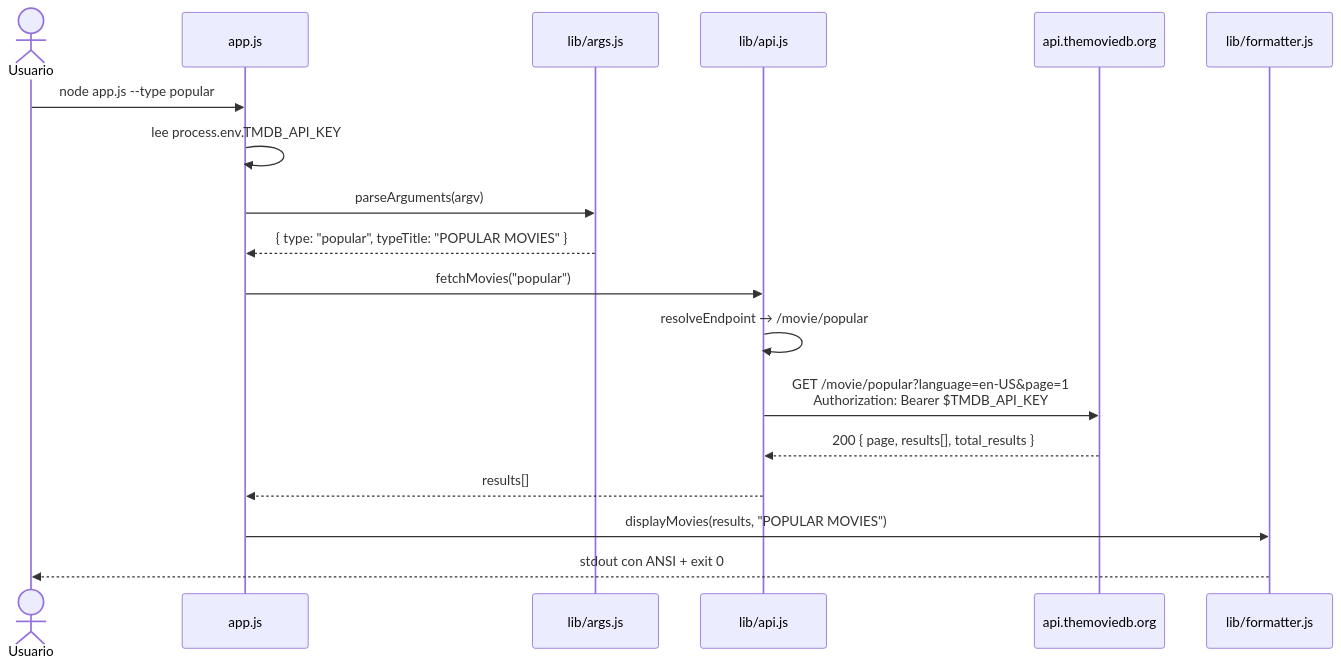
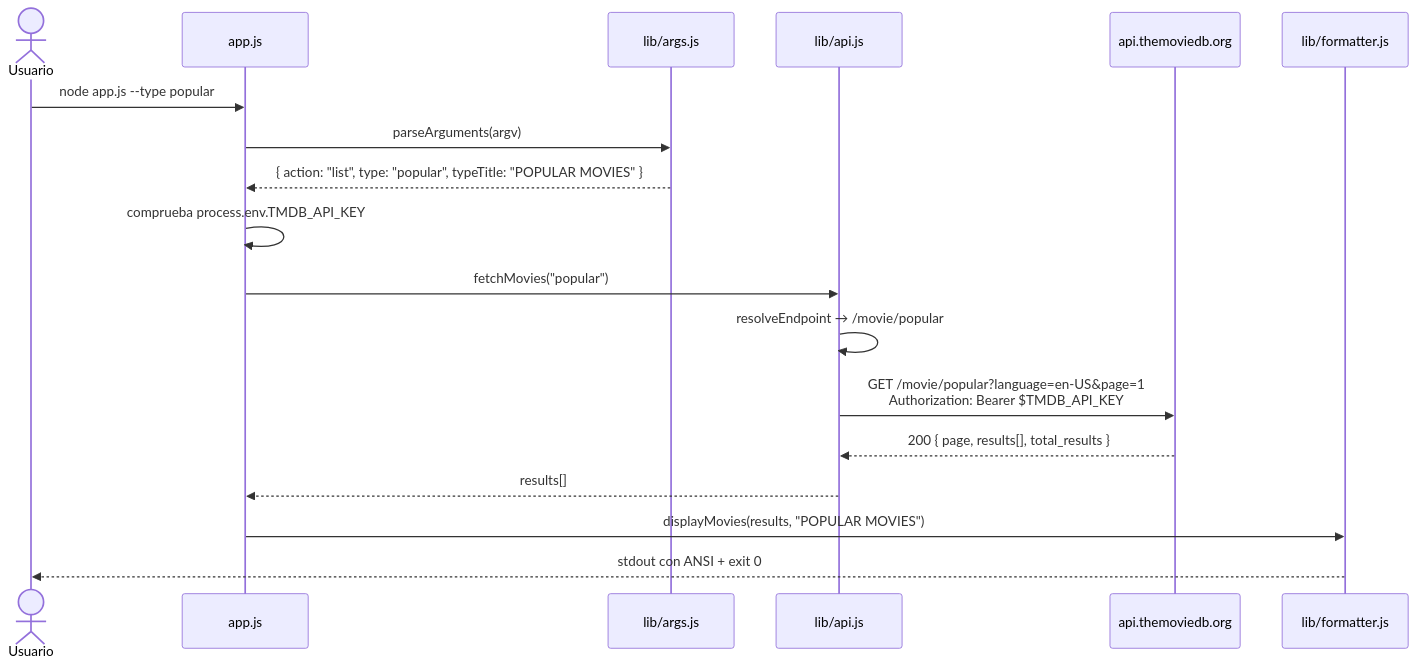
Before and after one commit to javierjuanJJ/TMDB-CLI-Tool: the second of 3 diagrams in tmdb-cli/README.md, drawn with Mermaid. The commit also changed other lines of this file and 4 other files, not shown here.

````diff
--- a/tmdb-cli/README.md
+++ b/tmdb-cli/README.md
@@ -101,21 +106,21 @@
 ```mermaid
 sequenceDiagram
     actor U as Usuario
     participant CLI as app.js
     participant ARGS as lib/args.js
     participant API as lib/api.js
     participant TMDB as api.themoviedb.org
     participant FMT as lib/formatter.js
 
     U->>CLI: node app.js --type popular
-    CLI->>CLI: lee process.env.TMDB_API_KEY
     CLI->>ARGS: parseArguments(argv)
-    ARGS-->>CLI: { type: "popular", typeTitle: "POPULAR MOVIES" }
+    ARGS-->>CLI: { action: "list", type: "popular", typeTitle: "POPULAR MOVIES" }
+    CLI->>CLI: comprueba process.env.TMDB_API_KEY
     CLI->>API: fetchMovies("popular")
     API->>API: resolveEndpoint → /movie/popular
     API->>TMDB: GET /movie/popular?language=en-US&page=1<br/>Authorization: Bearer $TMDB_API_KEY
     TMDB-->>API: 200 { page, results[], total_results }
     API-->>CLI: results[]
     CLI->>FMT: displayMovies(results, "POPULAR MOVIES")
     FMT-->>U: stdout con ANSI + exit 0
 ```
````
